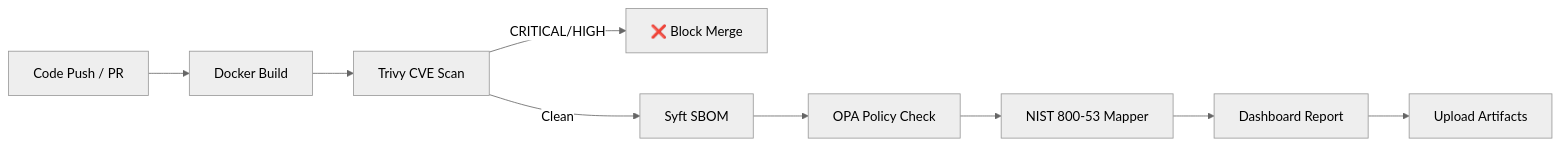
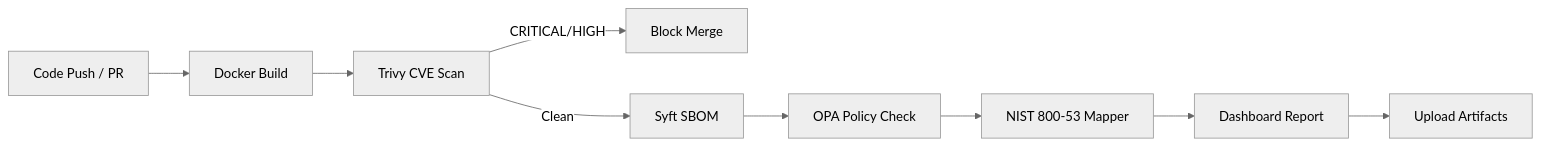
One commit to lavindeep/Vuln-scanner changed the diagram in README.md. Above: the diagram before and after it, drawn with Mermaid (neutral theme).

````diff
--- a/README.md
+++ b/README.md
@@ -9,11 +9,11 @@
 ```mermaid
 flowchart LR
     A[Code Push / PR] --> B[Docker Build]
     B --> C[Trivy CVE Scan]
-    C -->|CRITICAL/HIGH| D[❌ Block Merge]
+    C -->|CRITICAL/HIGH| D[Block Merge]
     C -->|Clean| E[Syft SBOM]
     E --> F[OPA Policy Check]
     F --> G[NIST 800-53 Mapper]
     G --> H[Dashboard Report]
     H --> I[Upload Artifacts]
 ```
````
